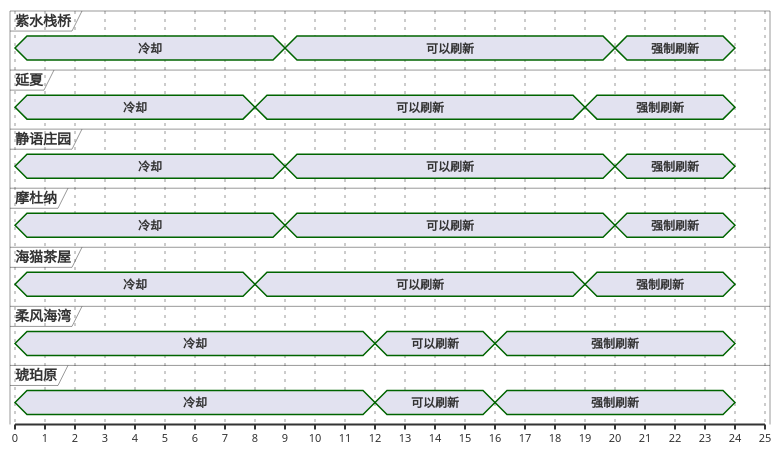
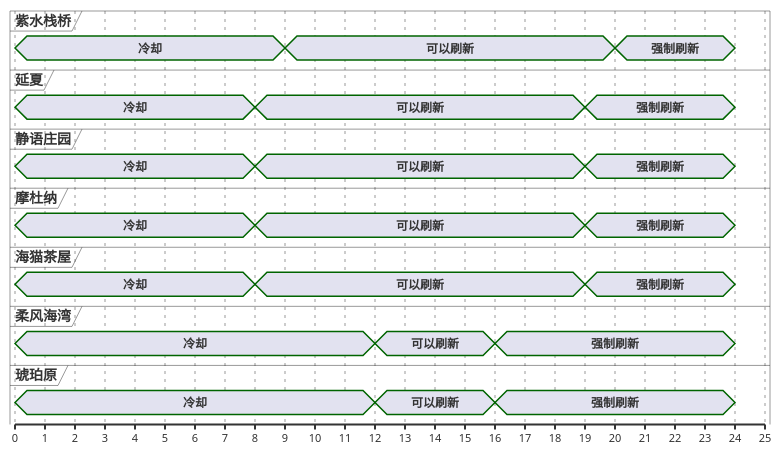
The third of 13 diagrams in ffxiv/hunt/2.0/Zona-Seeker.md (Eroleice/doc-pi), drawn with PlantUML before and after one commit. The commit also changed other lines of this file and 38 other files, not shown here.

````diff
--- a/ffxiv/hunt/2.0/Zona-Seeker.md
+++ b/ffxiv/hunt/2.0/Zona-Seeker.md
@@ -165,56 +165,56 @@
 ```plantuml
 @startuml
 scale 1 as 30 pixels
 
 concise 紫水栈桥
 concise 延夏
 concise 静语庄园
 concise 摩杜纳
 concise 海猫茶屋
 concise 柔风海湾
 concise 琥珀原
 
 @琥珀原
 0 is 冷却
 12 is 可以刷新
 16 is 强制刷新
 24 is {hidden}
 
 @柔风海湾
 0 is 冷却
 12 is 可以刷新
 16 is 强制刷新
 24 is {hidden}
 
 @海猫茶屋
 0 is 冷却
 8 is 可以刷新
 19 is 强制刷新
 24 is {hidden}
 
 @延夏
 0 is 冷却
 8 is 可以刷新
 19 is 强制刷新
 24 is {hidden}
 
 @静语庄园
 0 is 冷却
-9 is 可以刷新
-20 is 强制刷新
+8 is 可以刷新
+19 is 强制刷新
 24 is {hidden}
 
 @摩杜纳
 0 is 冷却
-9 is 可以刷新
-20 is 强制刷新
+8 is 可以刷新
+19 is 强制刷新
 24 is {hidden}
 
 @紫水栈桥
 0 is 冷却
 9 is 可以刷新
 20 is 强制刷新
 24 is {hidden}
 
 @enduml
 ```
````
